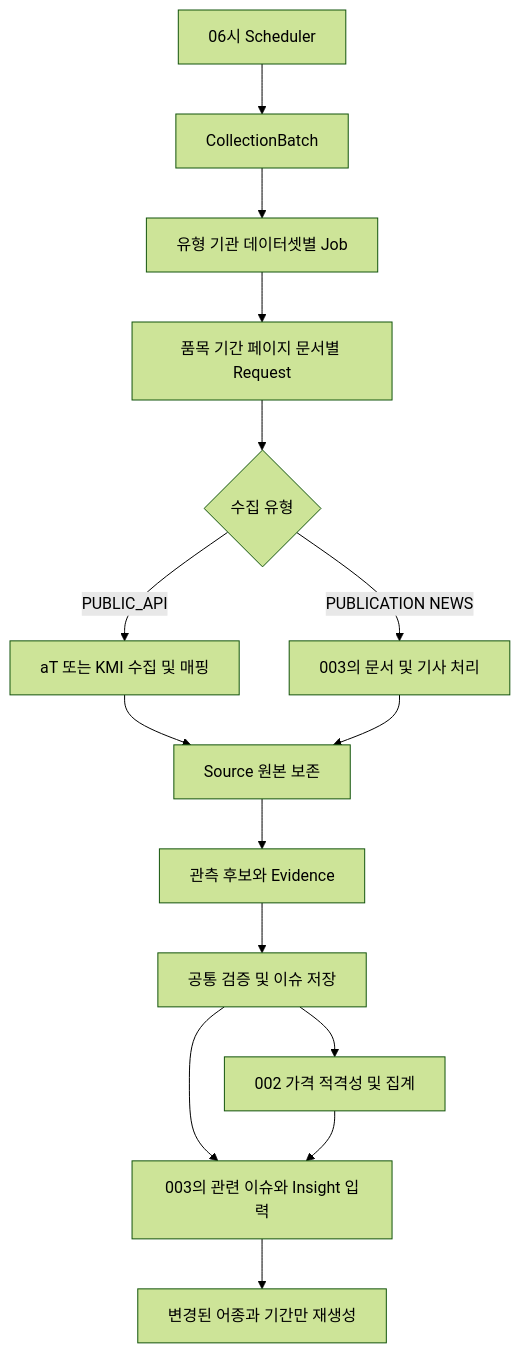
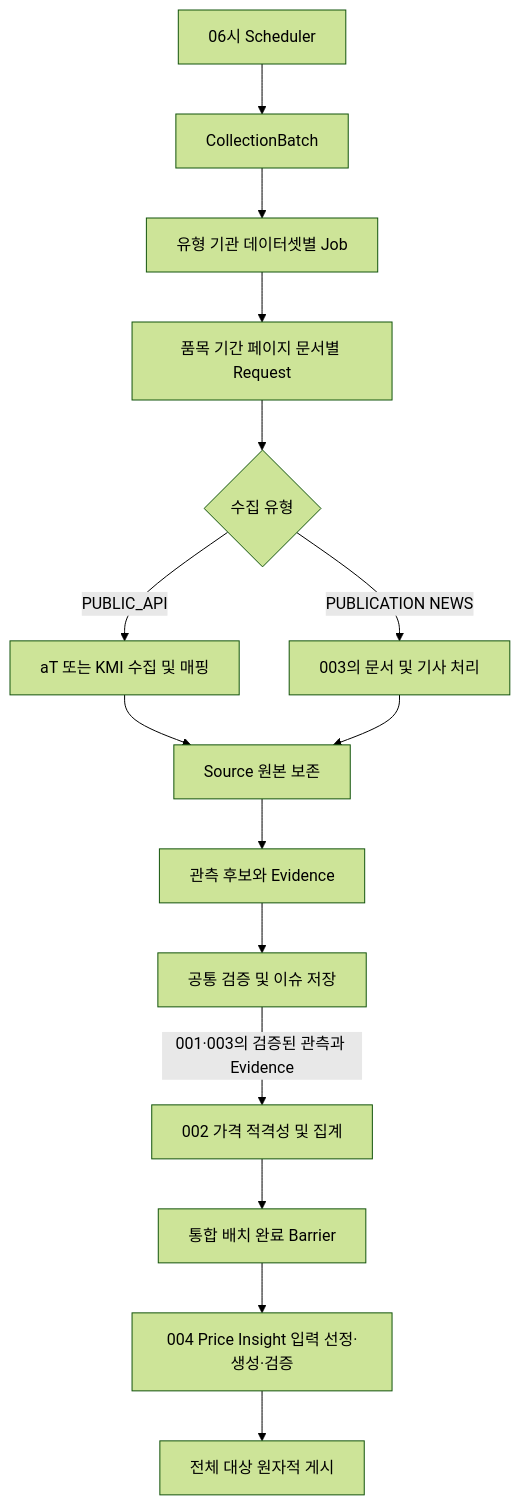
One commit to today-fish/today-fish-docs changed the diagram in MVP/architecture/backend/tech-spec/BE-TECH-SPEC-001-데이터-수집-정규화-검증.md. Above: the diagram before and after it, drawn with Mermaid (forest theme). The commit also changed other lines of this file and 7 other files, not shown here.

````diff
--- a/MVP/architecture/backend/tech-spec/BE-TECH-SPEC-001-데이터-수집-정규화-검증.md
+++ b/MVP/architecture/backend/tech-spec/BE-TECH-SPEC-001-데이터-수집-정규화-검증.md
@@ -37,17 +30,17 @@
 ```mermaid
 flowchart TD
     S[06시 Scheduler] --> B[CollectionBatch]
     B --> J[유형 기관 데이터셋별 Job]
     J --> R[품목 기간 페이지 문서별 Request]
     R --> C{수집 유형}
     C -->|PUBLIC_API| A[aT 또는 KMI 수집 및 매핑]
     C -->|PUBLICATION NEWS| D[003의 문서 및 기사 처리]
     A --> O[Source 원본 보존]
     D --> O
     O --> N[관측 후보와 Evidence]
     N --> V[공통 검증 및 이슈 저장]
-    V --> P[002 가격 적격성 및 집계]
-    V --> I[003의 관련 이슈와 Insight 입력]
-    P --> I
-    I --> F[변경된 어종과 기간만 재생성]
+    V -->|001·003의 검증된 관측과 Evidence| P[002 가격 적격성 및 집계]
+    P --> BARRIER[통합 배치 완료 Barrier]
+    BARRIER --> INSIGHT[004 Price Insight 입력 선정·생성·검증]
+    INSIGHT --> PUBLISH[전체 대상 원자적 게시]
 ```
````
